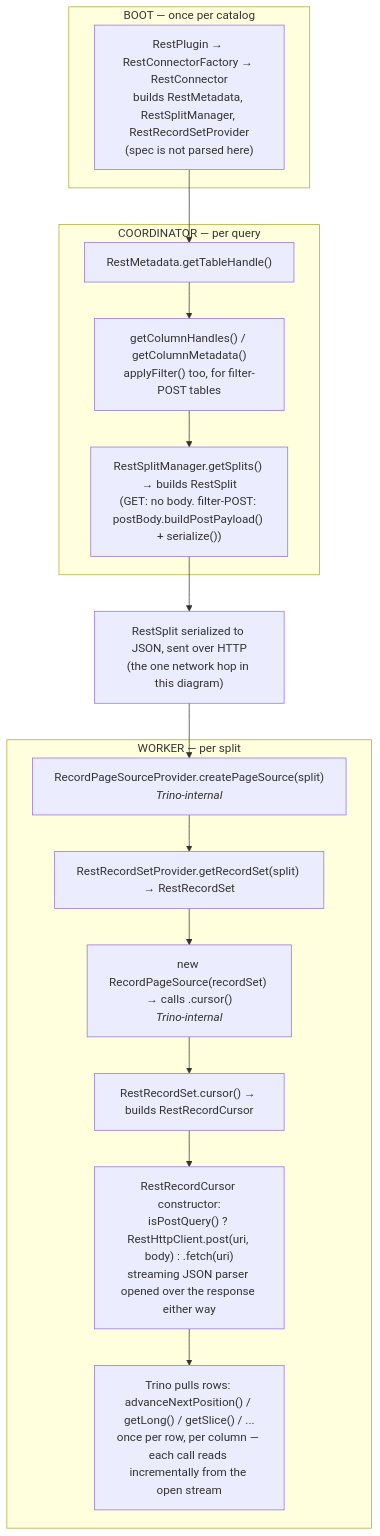
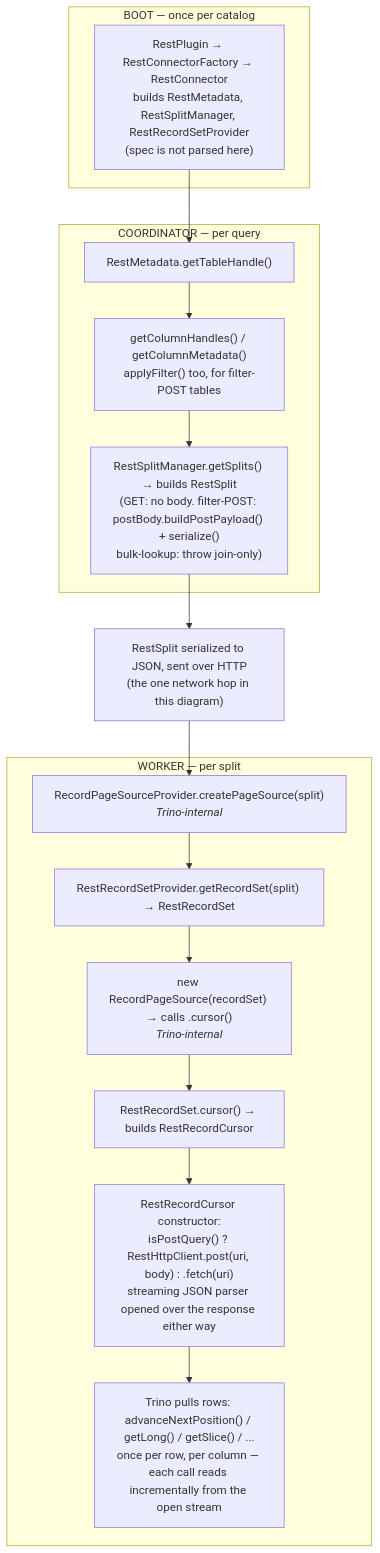
The first of 2 diagrams in docs/ARCHITECTURE.md (taleisa/trino-rest), drawn with Mermaid before and after one commit. The commit also changed other lines of this file and 2 other files, not shown here.

Commit message:
docs(docs): update docs to reflect handling if join only tables

````diff
--- a/docs/ARCHITECTURE.md
+++ b/docs/ARCHITECTURE.md
@@ -72,28 +72,28 @@
 ```mermaid
 flowchart TD
     subgraph Boot["BOOT — once per catalog"]
         A["RestPlugin → RestConnectorFactory → RestConnector<br/>builds RestMetadata, RestSplitManager, RestRecordSetProvider<br/>(spec is not parsed here)"]
     end
 
     subgraph Coordinator["COORDINATOR — per query"]
         B["RestMetadata.getTableHandle()"]
         C["getColumnHandles() / getColumnMetadata()<br/>applyFilter() too, for filter-POST tables"]
-        D["RestSplitManager.getSplits() → builds RestSplit<br/>(GET: no body. filter-POST: postBody.buildPostPayload() + serialize())"]
+        D["RestSplitManager.getSplits() → builds RestSplit<br/>(GET: no body. filter-POST: postBody.buildPostPayload() + serialize()<br/>bulk-lookup: throw join-only)"]
         B --> C --> D
     end
 
     E["RestSplit serialized to JSON, sent over HTTP<br/>(the one network hop in this diagram)"]
 
     subgraph Worker["WORKER — per split"]
         F["RecordPageSourceProvider.createPageSource(split)<br/><i>Trino-internal</i>"]
         G["RestRecordSetProvider.getRecordSet(split) → RestRecordSet"]
         H["new RecordPageSource(recordSet) → calls .cursor()<br/><i>Trino-internal</i>"]
         I["RestRecordSet.cursor() → builds RestRecordCursor"]
         J["RestRecordCursor constructor:<br/>isPostQuery() ? RestHttpClient.post(uri, body) : .fetch(uri)<br/>streaming JSON parser opened over the response either way"]
         K["Trino pulls rows: advanceNextPosition() / getLong() / getSlice() / ...<br/>once per row, per column — each call reads incrementally from the open stream"]
         F --> G --> H --> I --> J --> K
     end
 
     A --> B
     D --> E --> F
 ```
````
